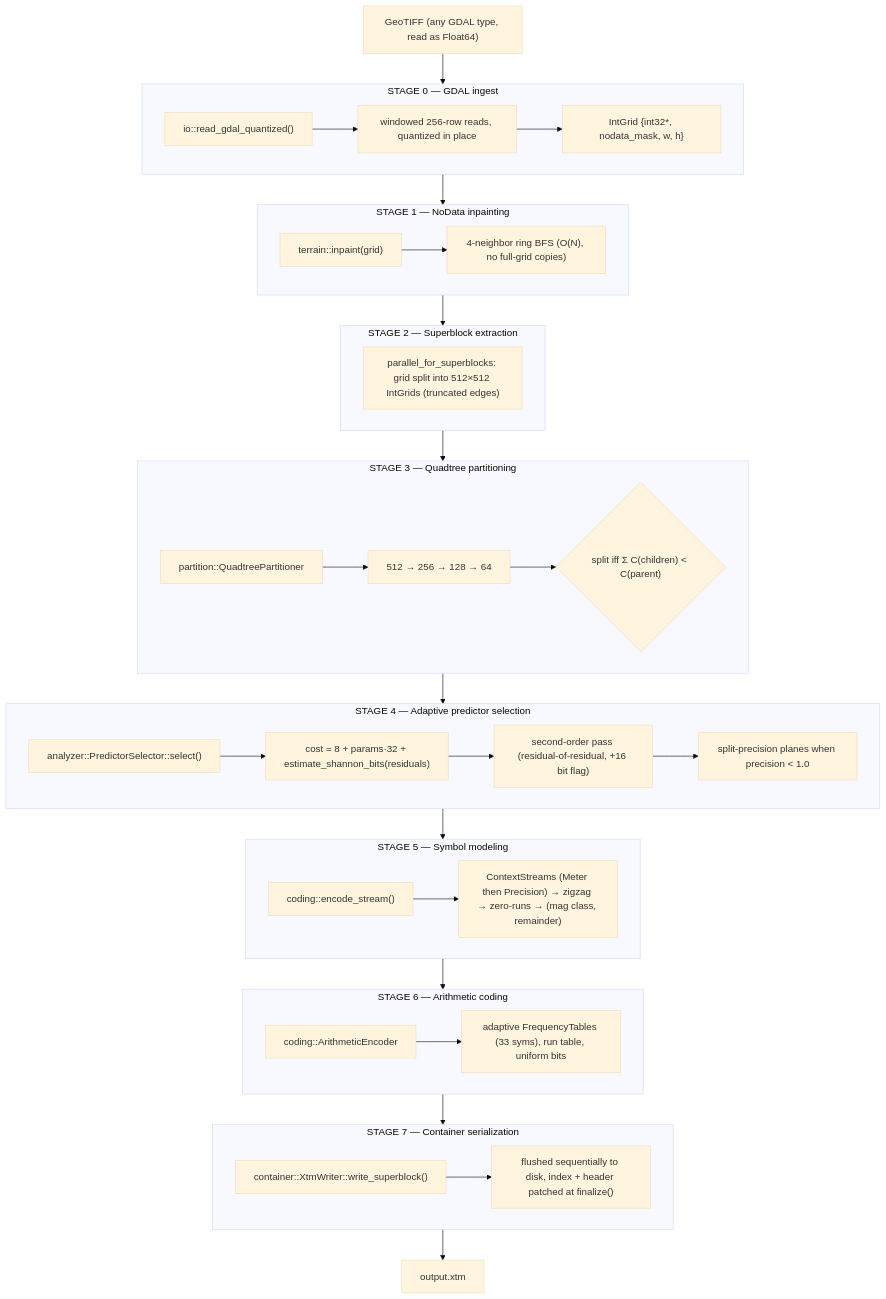
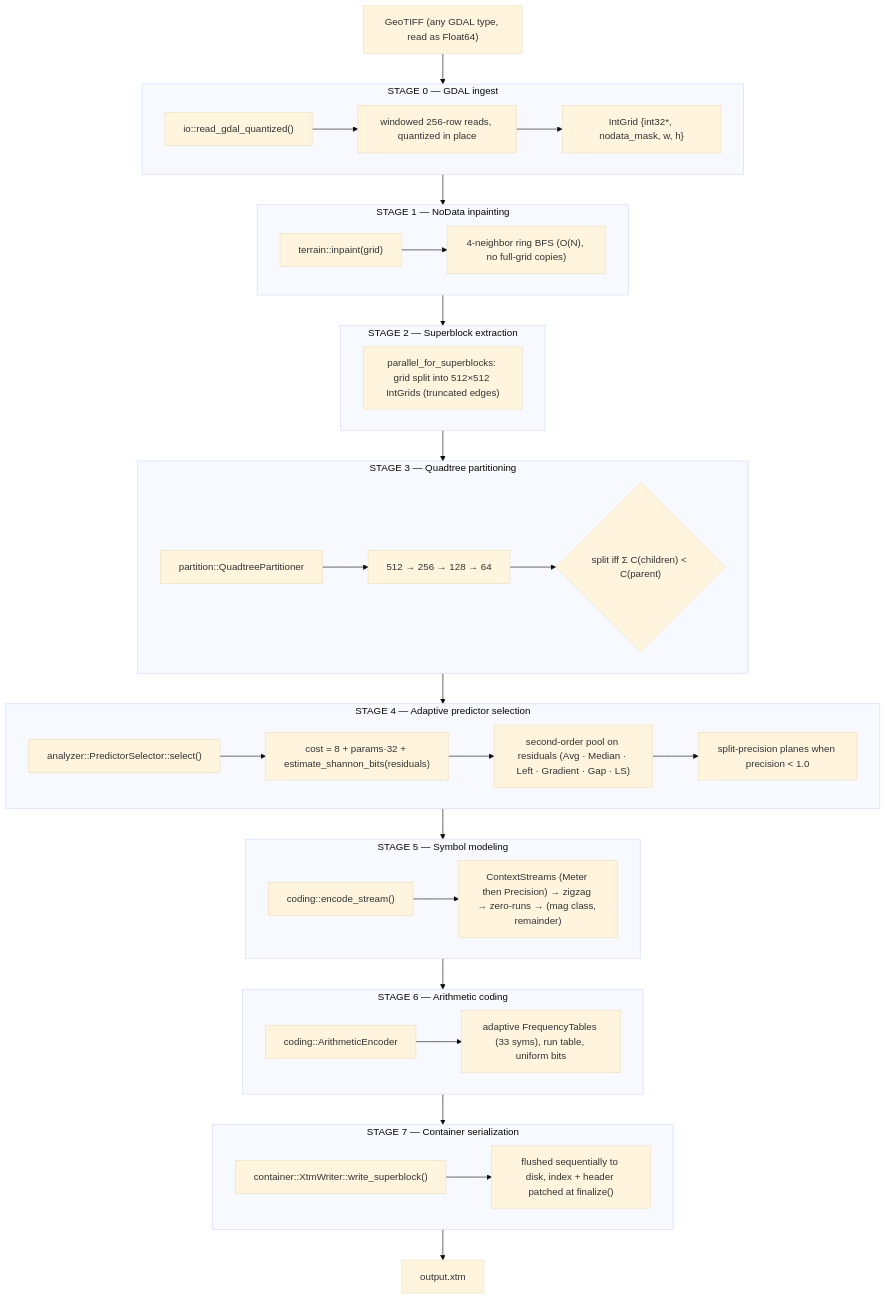
Before and after one commit to yashwk/libxtm: the second of 10 diagrams in docs/pipeline.md, drawn with Mermaid (base theme). The commit also changed other lines of this file and 30 other files, not shown here.

````diff
--- a/docs/pipeline.md
+++ b/docs/pipeline.md
@@ -86,56 +86,56 @@
 ```mermaid
 flowchart TB
     IN["GeoTIFF (any GDAL type, read as Float64)"] --> S0
 
     subgraph S0["STAGE 0 — GDAL ingest"]
         direction LR
         S0a["io::read_gdal_quantized()"] --> S0b["windowed 256-row reads, quantized in place"]
         S0b --> S0c["IntGrid {int32*, nodata_mask, w, h}"]
     end
     S0 --> S1
 
     subgraph S1["STAGE 1 — NoData inpainting"]
         direction LR
         S1a["terrain::inpaint(grid)"] --> S1b["4-neighbor ring BFS (O(N), no full-grid copies)"]
     end
     S1 --> S2
 
     subgraph S2["STAGE 2 — Superblock extraction"]
         direction LR
         S2a["parallel_for_superblocks: grid split into 512×512 IntGrids (truncated edges)"]
     end
     S2 --> S3
 
     subgraph S3["STAGE 3 — Quadtree partitioning"]
         direction LR
         S3a["partition::QuadtreePartitioner"] --> S3b["512 → 256 → 128 → 64"]
         S3b --> S3c{"split iff Σ C(children) < C(parent)"}
     end
     S3 --> S4
 
     subgraph S4["STAGE 4 — Adaptive predictor selection"]
         direction LR
         S4a["analyzer::PredictorSelector::select()"] --> S4b["cost = 8 + params·32 + estimate_shannon_bits(residuals)"]
-        S4b --> S4c["second-order pass (residual-of-residual, +16 bit flag)"]
+        S4b --> S4c["second-order pool on residuals (Avg · Median · Left · Gradient · Gap · LS)"]
         S4c --> S4d["split-precision planes when precision < 1.0"]
     end
     S4 --> S5
 
     subgraph S5["STAGE 5 — Symbol modeling"]
         direction LR
         S5a["coding::encode_stream()"] --> S5b["ContextStreams (Meter then Precision) → zigzag → zero-runs → (mag class, remainder)"]
     end
     S5 --> S6
 
     subgraph S6["STAGE 6 — Arithmetic coding"]
         direction LR
         S6a["coding::ArithmeticEncoder"] --> S6b["adaptive FrequencyTables (33 syms), run table, uniform bits"]
     end
     S6 --> S7
 
     subgraph S7["STAGE 7 — Container serialization"]
         direction LR
         S7a["container::XtmWriter::write_superblock()"] --> S7b["flushed sequentially to disk, index + header patched at finalize()"]
     end
     S7 --> OUT["output.xtm"]
 ```
````
